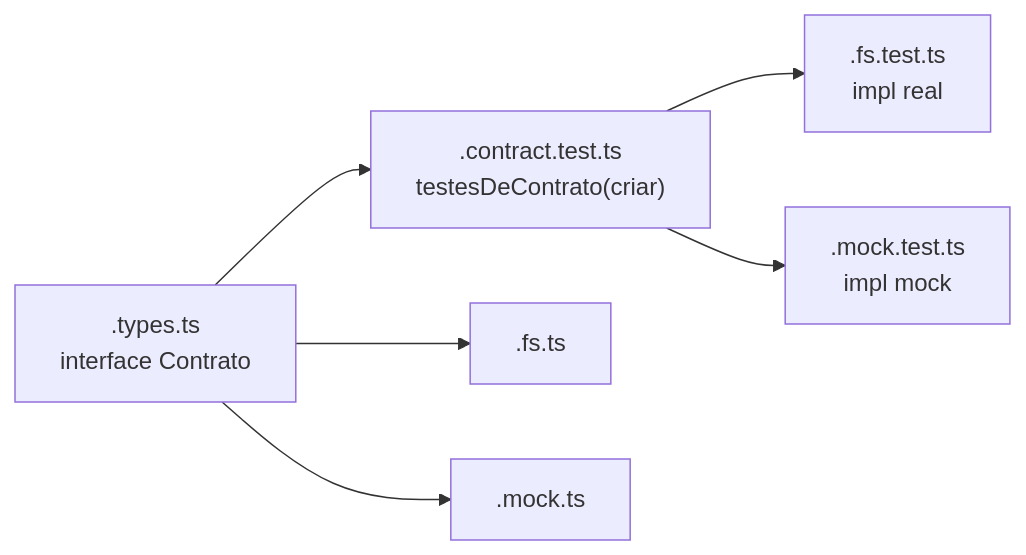
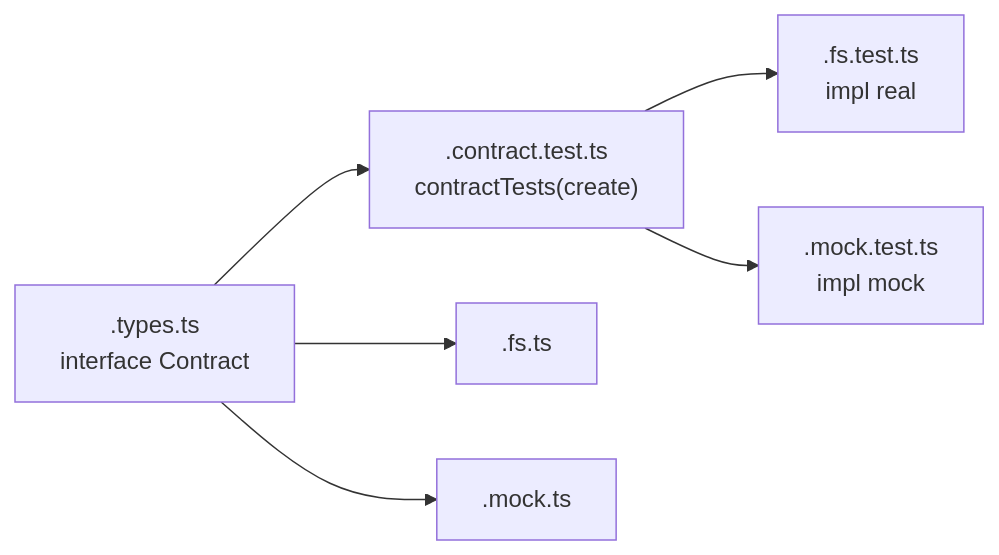
One commit to sidartaveloso/taskin changed the diagram in padroes/estrutura-de-modulos.md. Above: the diagram before and after it, drawn with Mermaid. The commit also changed other lines of this file, not shown here.

````diff
--- a/padroes/estrutura-de-modulos.md
+++ b/padroes/estrutura-de-modulos.md
@@ -55,8 +55,8 @@
 ```mermaid
 flowchart LR
-  T[".types.ts<br/>interface Contrato"] --> C[".contract.test.ts<br/>testesDeContrato(criar)"]
+  T[".types.ts<br/>interface Contract"] --> C[".contract.test.ts<br/>contractTests(create)"]
   C --> R[".fs.test.ts<br/>impl real"]
   C --> M[".mock.test.ts<br/>impl mock"]
   T --> IR[".fs.ts"]
   T --> IM[".mock.ts"]
 ```
````
